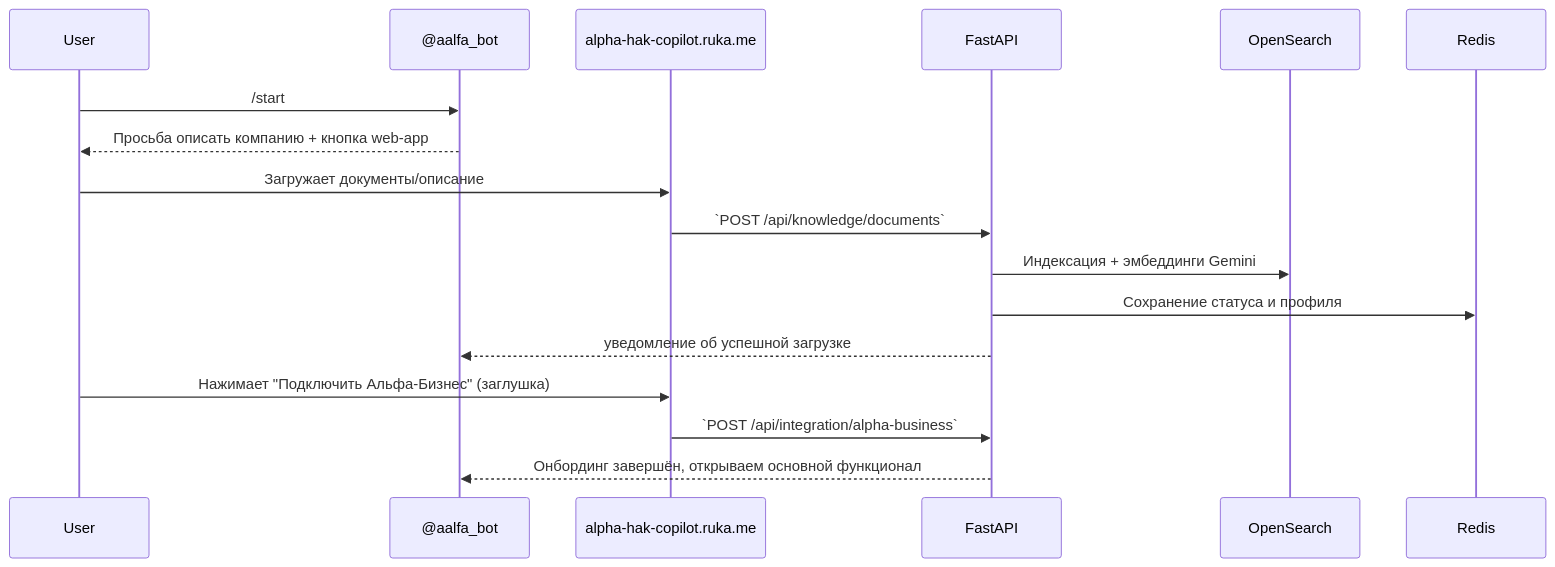
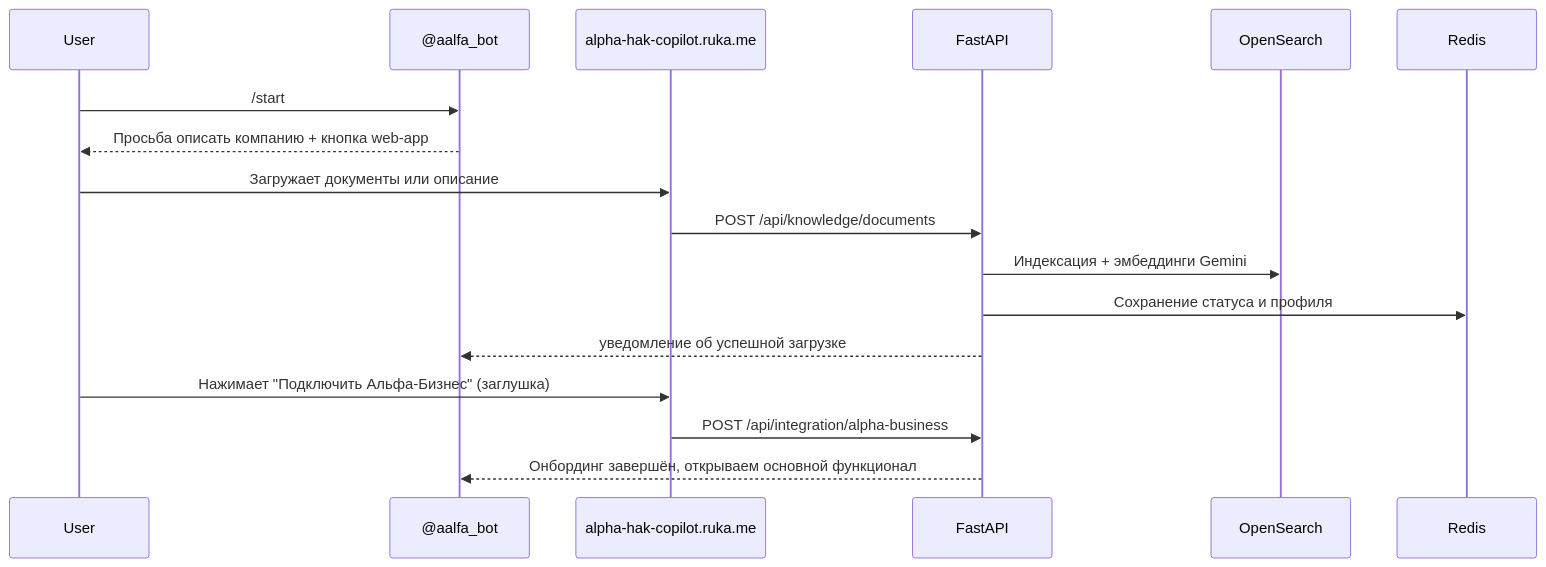
Before and after one commit to KOSFin/alfa-pilot-bot-hak2025: the second of 2 diagrams in README.md, drawn with Mermaid. The commit also changed other lines of this file and 2 other files, not shown here.

````diff
--- a/README.md
+++ b/README.md
@@ -46,19 +46,19 @@
 ```mermaid
 sequenceDiagram
-		participant User
-		participant Bot as @aalfa_bot
-		participant WebApp as alpha-hak-copilot.ruka.me
-		participant API as FastAPI
-		participant OS as OpenSearch
-		participant Redis
-		User->>Bot: /start
-		Bot-->>User: Просьба описать компанию + кнопка web-app
-		User->>WebApp: Загружает документы/описание
-		WebApp->>API: `POST /api/knowledge/documents`
-		API->>OS: Индексация + эмбеддинги Gemini
-		API->>Redis: Сохранение статуса и профиля
-		API-->>Bot: уведомление об успешной загрузке
-		User->>WebApp: Нажимает "Подключить Альфа-Бизнес" (заглушка)
-		WebApp->>API: `POST /api/integration/alpha-business`
-		API-->>Bot: Онбординг завершён, открываем основной функционал
+    participant User
+    participant Bot as @aalfa_bot
+    participant WebApp as alpha-hak-copilot.ruka.me
+    participant API as FastAPI
+    participant OS as OpenSearch
+    participant Redis
+    User->>Bot: /start
+    Bot-->>User: Просьба описать компанию + кнопка web-app
+    User->>WebApp: Загружает документы или описание
+    WebApp->>API: POST /api/knowledge/documents
+    API->>OS: Индексация + эмбеддинги Gemini
+    API->>Redis: Сохранение статуса и профиля
+    API-->>Bot: уведомление об успешной загрузке
+    User->>WebApp: Нажимает "Подключить Альфа-Бизнес" (заглушка)
+    WebApp->>API: POST /api/integration/alpha-business
+    API-->>Bot: Онбординг завершён, открываем основной функционал
 ```
````
